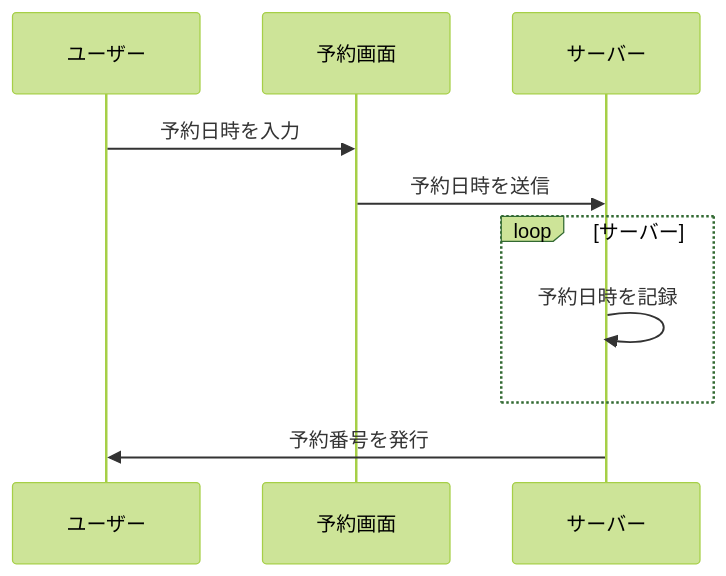
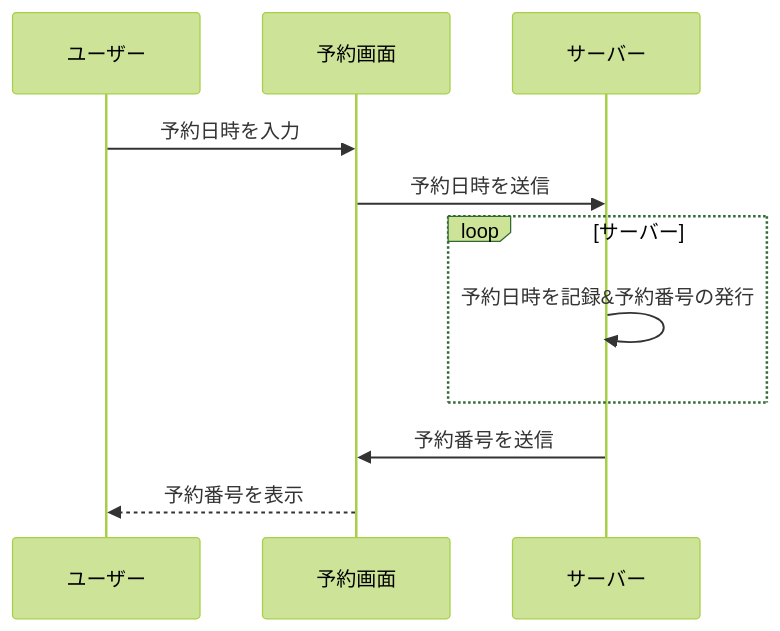
The second of 2 diagrams in README.md (tpu-game-2022/mermaid_test), drawn with Mermaid (forest theme) before and after one commit.

````diff
--- a/README.md
+++ b/README.md
@@ -43,12 +43,13 @@
 ```mermaid
 sequenceDiagram
  participant ユーザー
  participant 予約画面
  participant サーバー
  ユーザー->> 予約画面:予約日時を入力
  予約画面->> サーバー:予約日時を送信
  loop サーバー
- サーバー->> サーバー:予約日時を記録
+ サーバー->> サーバー:予約日時を記録&予約番号の発行
  end
- サーバー->>ユーザー:予約番号を発行
+ サーバー->> 予約画面:予約番号を送信
+ 予約画面-->> ユーザー:予約番号を表示
 ```
````
